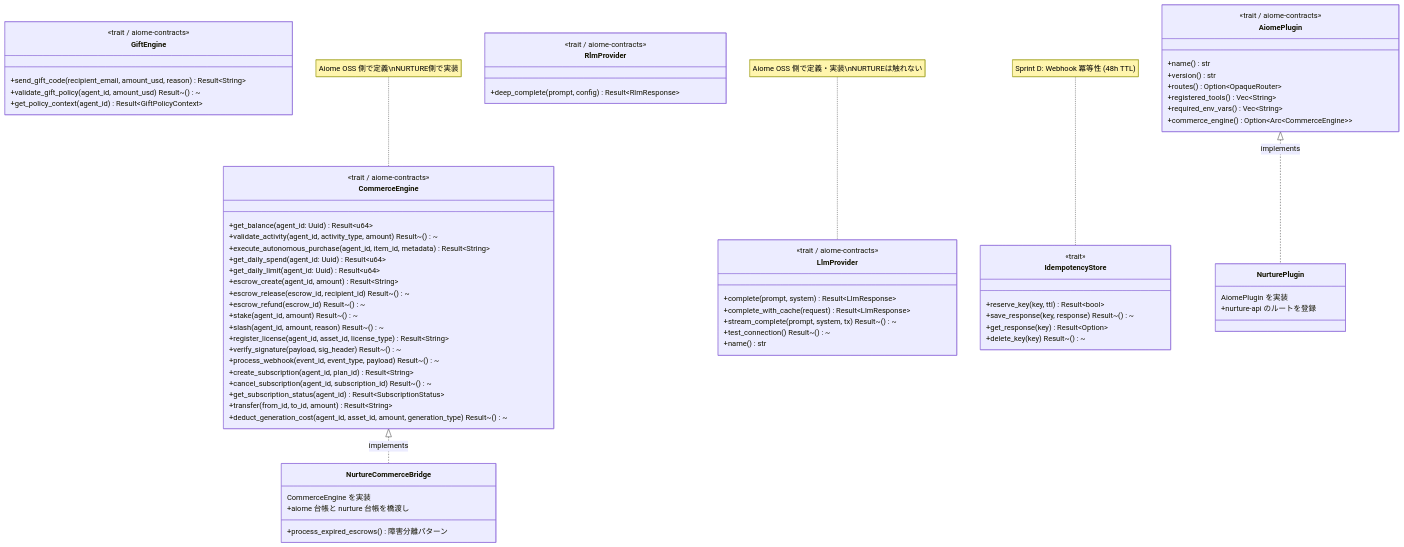
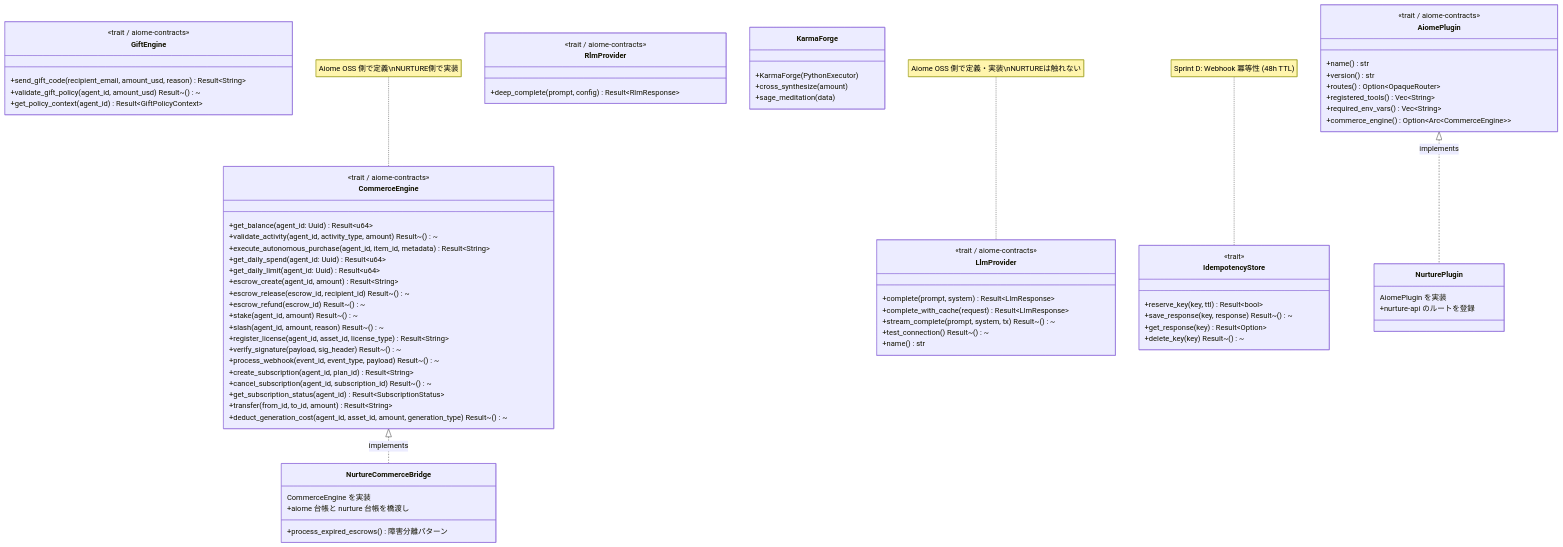
Before and after one commit to for4xex-droid/modular-open-claw: the tenth of 12 diagrams in docs/architecture/AIOME_NURTURE_SYNERGY.md, drawn with Mermaid. The commit also changed other lines of this file and 9 other files, not shown here.

```diff
--- a/docs/architecture/AIOME_NURTURE_SYNERGY.md
+++ b/docs/architecture/AIOME_NURTURE_SYNERGY.md
@@ -684,6 +684,12 @@
         +process_expired_escrows() 障害分離パターン
     }
 
+    class KarmaForge {
+        +KarmaForge(PythonExecutor)
+        +cross_synthesize(amount)
+        +sage_meditation(data)
+    }
+
     class IdempotencyStore {
         <<trait>>
         +reserve_key(key, ttl) Result~bool~
```
